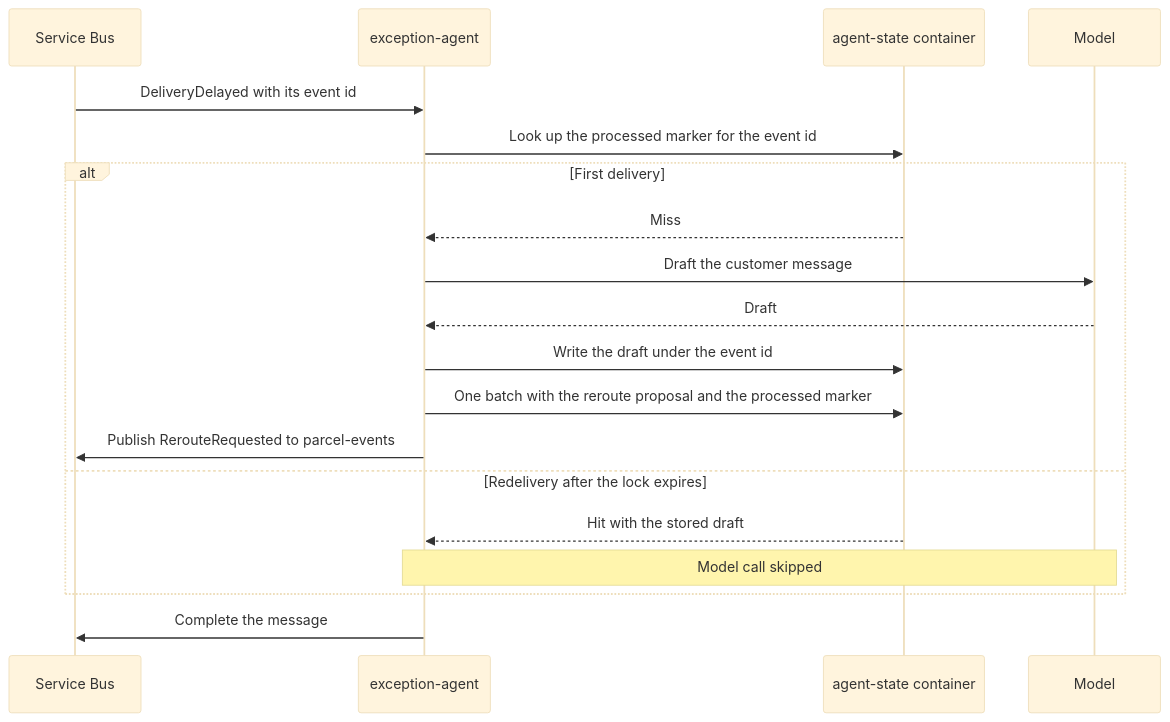
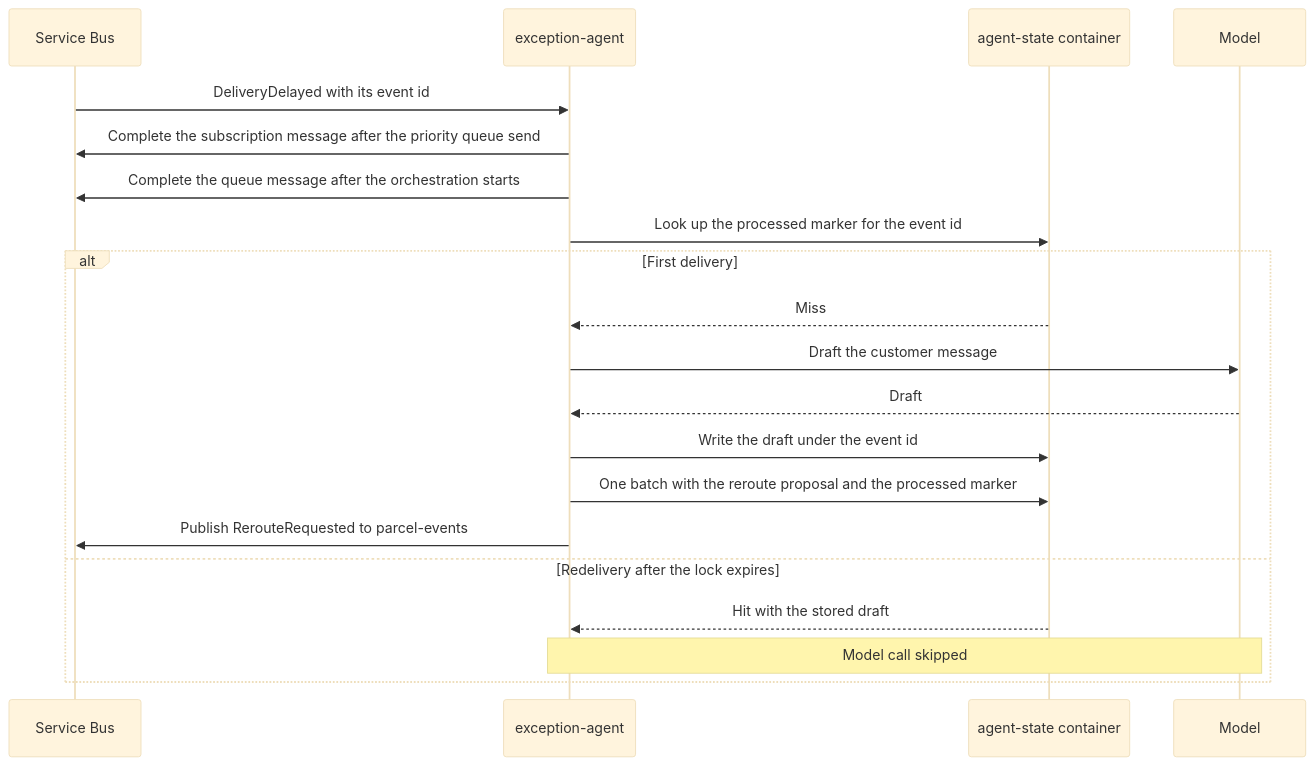
Before and after one commit to alexander-kastil/az-cloud-native: the diagram in demos/09-ai-agents/02-agent-subscribers/readme.md, drawn with Mermaid (base theme). The commit also changed other lines of this file and 327 other files, not shown here.

````diff
--- a/demos/09-ai-agents/02-agent-subscribers/readme.md
+++ b/demos/09-ai-agents/02-agent-subscribers/readme.md
@@ -56,21 +56,22 @@
 ```mermaid
 sequenceDiagram
     participant Bus as Service Bus
     participant Agent as exception-agent
     participant Store as agent-state container
     participant Model as Model
     Bus->>Agent: DeliveryDelayed with its event id
+    Agent->>Bus: Complete the subscription message after the priority queue send
+    Agent->>Bus: Complete the queue message after the orchestration starts
     Agent->>Store: Look up the processed marker for the event id
     alt First delivery
         Store-->>Agent: Miss
         Agent->>Model: Draft the customer message
         Model-->>Agent: Draft
         Agent->>Store: Write the draft under the event id
         Agent->>Store: One batch with the reroute proposal and the processed marker
         Agent->>Bus: Publish RerouteRequested to parcel-events
     else Redelivery after the lock expires
         Store-->>Agent: Hit with the stored draft
         Note over Agent,Model: Model call skipped
     end
-    Agent->>Bus: Complete the message
 ```
````
